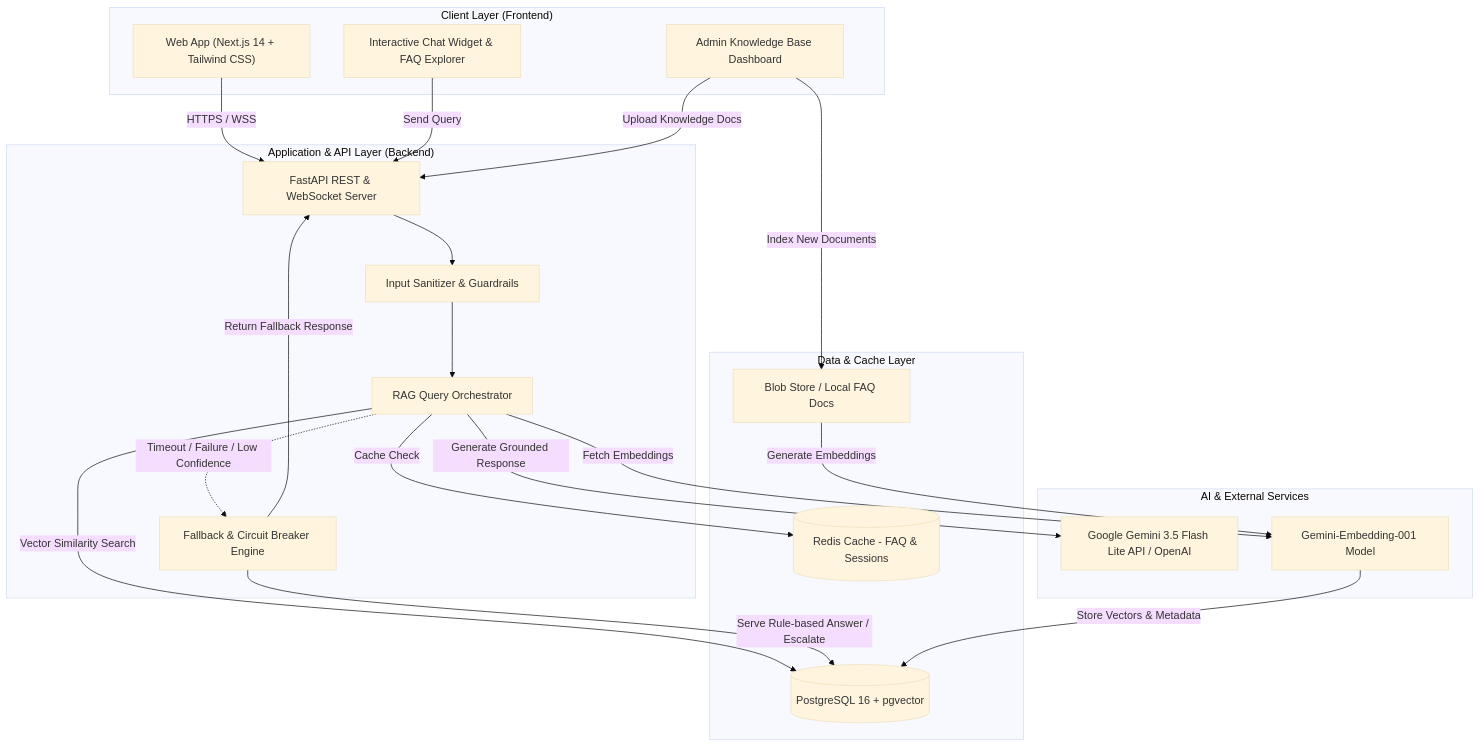
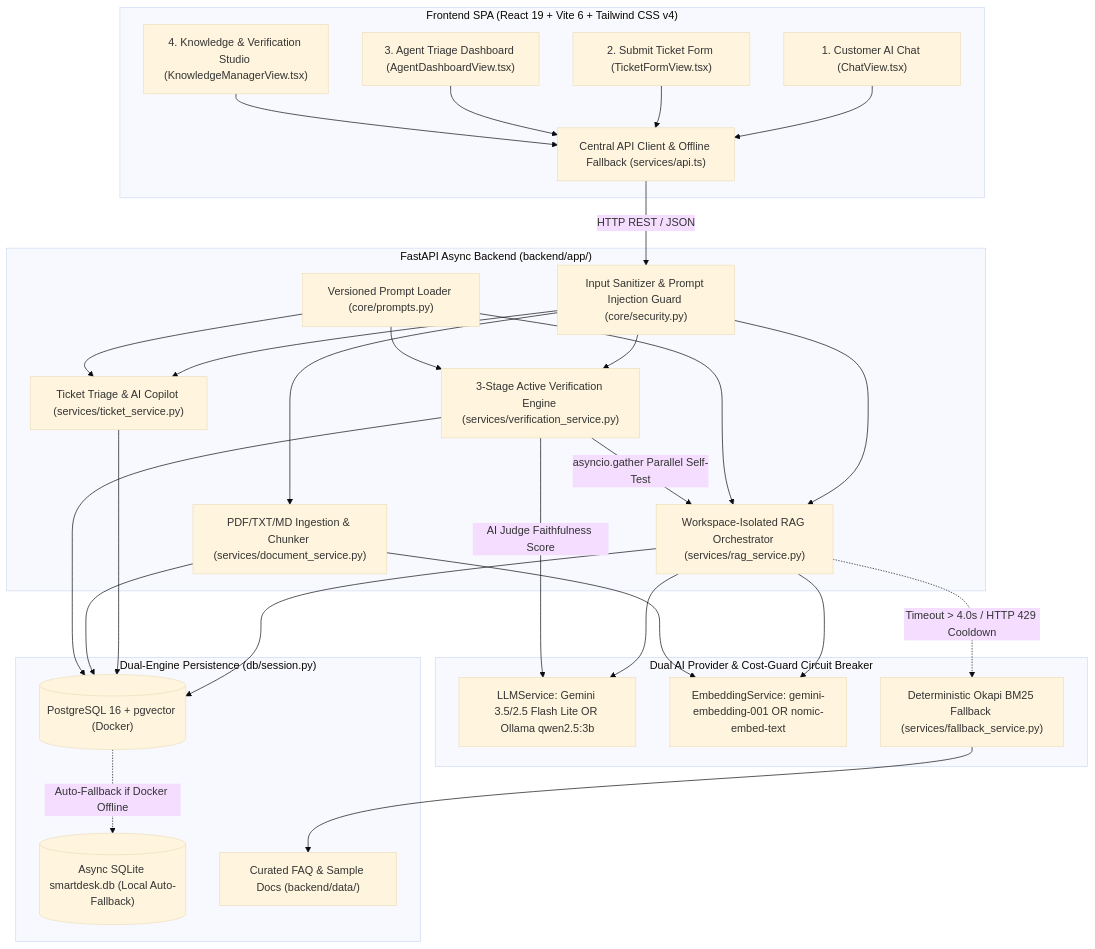
Before and after one commit to BapVitHoang/smartdesk-ai: the diagram in docs/PROPOSAL.md, drawn with Mermaid (base theme). The commit also changed other lines of this file and 21 other files, not shown here.

Commit message:
docs: fix governing rules, contracts, and architecture docs

````diff
--- a/docs/PROPOSAL.md
+++ b/docs/PROPOSAL.md
@@ -122,46 +61,48 @@
 ```mermaid
-graph TD
-    subgraph Client_Layer ["Client Layer (Frontend)"]
-        UI["Web App (Next.js 14 + Tailwind CSS)"]
-        Widget["Interactive Chat Widget & FAQ Explorer"]
-        AdminUI["Admin Knowledge Base Dashboard"]
+flowchart TD
+    subgraph Client_Layer ["Frontend SPA (React 19 + Vite 6 + Tailwind CSS v4)"]
+        ChatUI["1. Customer AI Chat (ChatView.tsx)"]
+        TicketUI["2. Submit Ticket Form (TicketFormView.tsx)"]
+        AgentUI["3. Agent Triage Dashboard (AgentDashboardView.tsx)"]
+        StudioUI["4. Knowledge & Verification Studio (KnowledgeManagerView.tsx)"]
+        APIClient["Central API Client & Offline Fallback (services/api.ts)"]
     end
 
-    subgraph API_Gateway ["Application & API Layer (Backend)"]
-        API["FastAPI REST & WebSocket Server"]
-        Guardrails["Input Sanitizer & Guardrails"]
-        Orchestrator["RAG Query Orchestrator"]
-        FallbackRouter["Fallback & Circuit Breaker Engine"]
+    subgraph API_Layer ["FastAPI Async Backend (backend/app/)"]
+        Security["Input Sanitizer & Prompt Injection Guard (core/security.py)"]
+        Prompts["Versioned Prompt Loader (core/prompts.py)"]
+        RAG["Workspace-Isolated RAG Orchestrator (services/rag_service.py)"]
+        Copilot["Ticket Triage & AI Copilot (services/ticket_service.py)"]
+        Ingest["PDF/TXT/MD Ingestion & Chunker (services/document_service.py)"]
+        Verify["3-Stage Active Verification Engine (services/verification_service.py)"]
     end
 
-    subgraph Data_Storage ["Data & Cache Layer"]
-        DB[(PostgreSQL 16 + pgvector)]
-        Redis[(Redis Cache - FAQ & Sessions)]
-        DocStore["Blob Store / Local FAQ Docs"]
+    subgraph AI_And_Fallback ["Dual AI Provider & Cost-Guard Circuit Breaker"]
+        LLM["LLMService: Gemini 3.5/2.5 Flash Lite OR Ollama qwen2.5:3b"]
+        Embed["EmbeddingService: gemini-embedding-001 OR nomic-embed-text"]
+        BM25["Deterministic Okapi BM25 Fallback (services/fallback_service.py)"]
     end
 
-    subgraph AI_Services ["AI & External Services"]
-        LLM["Google Gemini 3.5 Flash Lite API / OpenAI"]
-        Embedder["Gemini-Embedding-001 Model"]
+    subgraph Data_Layer ["Dual-Engine Persistence (db/session.py)"]
+        PG[("PostgreSQL 16 + pgvector (Docker)")]
+        SQLite[("Async SQLite smartdesk.db (Local Auto-Fallback)")]
+        SeedFAQ["Curated FAQ & Sample Docs (backend/data/)"]
     end
 
-    UI -->|HTTPS / WSS| API
-    Widget -->|Send Query| API
-    AdminUI -->|Upload Knowledge Docs| API
+    ChatUI & TicketUI & AgentUI & StudioUI --> APIClient
+    APIClient -->|HTTP REST / JSON| Security
+    Security --> RAG & Copilot & Ingest & Verify
+    Prompts --> RAG & Copilot & Verify
 
-    API --> Guardrails
-    Guardrails --> Orchestrator
-    
-    Orchestrator -->|Cache Check| Redis
-    Orchestrator -->|Vector Similarity Search| DB
-    Orchestrator -->|Fetch Embeddings| Embedder
-    Orchestrator -->|Generate Grounded Response| LLM
-    
-    Orchestrator -.->|Timeout / Failure / Low Confidence| FallbackRouter
-    FallbackRouter -->|Serve Rule-based Answer / Escalate| DB
-    FallbackRouter -->|Return Fallback Response| API
+    RAG --> Embed
+    RAG --> LLM
+    RAG -.->|Timeout > 4.0s / HTTP 429 Cooldown| BM25
+    BM25 --> SeedFAQ
 
-    AdminUI -->|Index New Documents| DocStore
-    DocStore -->|Generate Embeddings| Embedder
-    Embedder -->|Store Vectors & Metadata| DB
+    Ingest --> Embed
+    Verify -->|asyncio.gather Parallel Self-Test| RAG
+    Verify -->|AI Judge Faithfulness Score| LLM
+
+    RAG & Copilot & Ingest & Verify --> PG
+    PG -.->|Auto-Fallback if Docker Offline| SQLite
 ```
````
